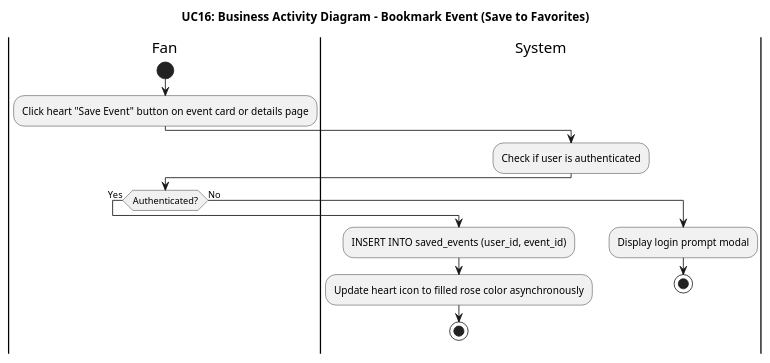
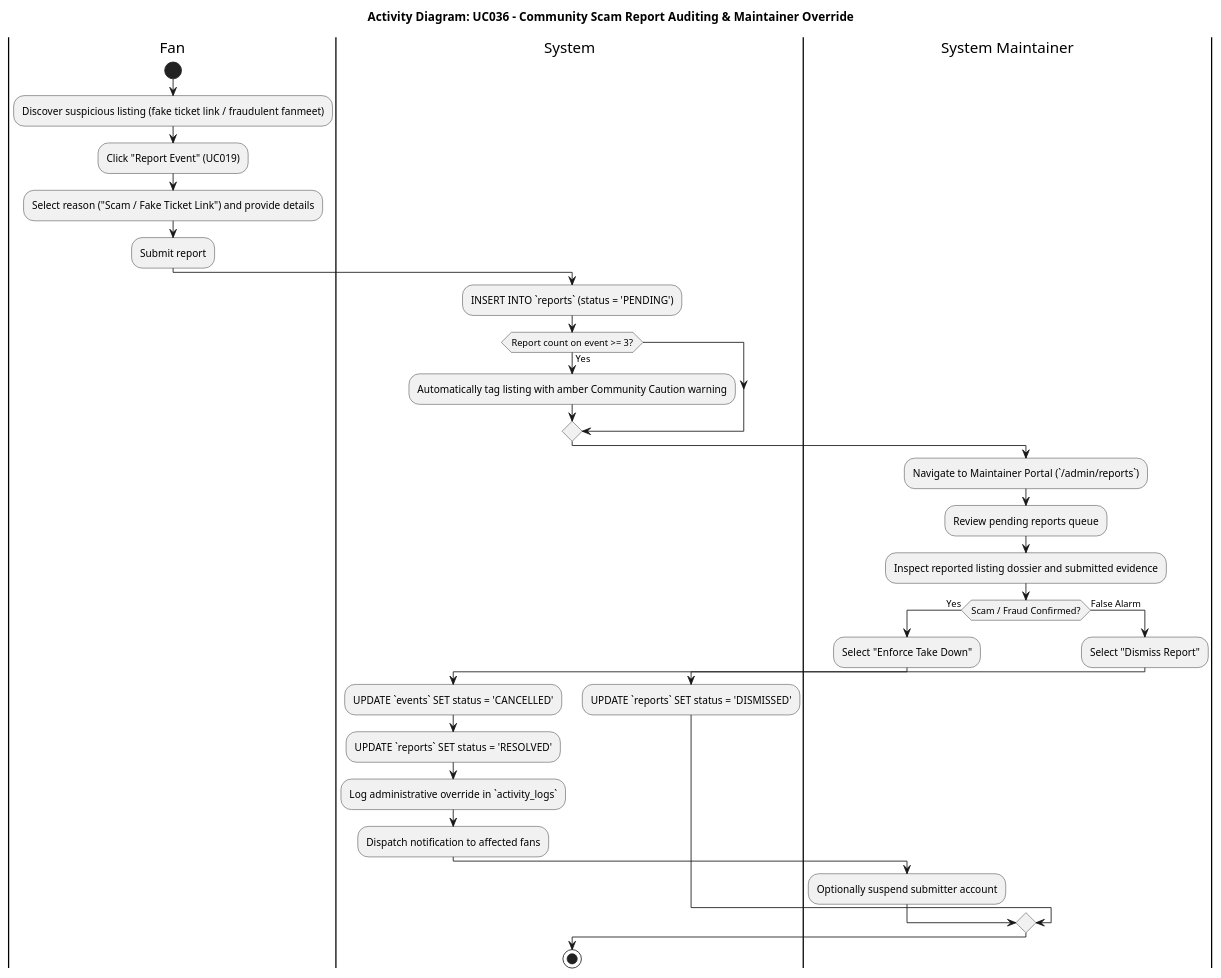
Before and after one commit to ammarsyaathir/ksync: the seventh of 7 diagrams in docs/KSync_Business_Activity_Diagrams_All.puml, drawn with PlantUML. The commit also changed other lines of this file and 12 other files, not shown here.

Commit message:
feat(redesign): complete system architecture redesign with Impeccable design system tokens, 42 use cases, PlantUML diagrams, 14-table ERD, and recompiled academic SRS deliverables

```diff
--- a/docs/KSync_Business_Activity_Diagrams_All.puml
+++ b/docs/KSync_Business_Activity_Diagrams_All.puml
@@ -405,25 +286,38 @@
-@startuml UC16_Activity
-skinparam monochrome true
-skinparam shadowing false
-skinparam defaultFontName Arial
-skinparam defaultTextAlignment center
-
-title UC16: Business Activity Diagram - Bookmark Event (Save to Favorites)
+@startuml AD07_ScamReport
+title Activity Diagram: UC036 - Community Scam Report Auditing & Maintainer Override
+skinparam defaultFontName "Outfit, Arial, sans-serif"
 
 |Fan|
 start
-:Click heart "Save Event" button on event card or details page;
+:Discover suspicious listing (fake ticket link / fraudulent fanmeet);
+:Click "Report Event" (UC019);
+:Select reason ("Scam / Fake Ticket Link") and provide details;
+:Submit report;
+
 |System|
-:Check if user is authenticated;
-|Fan|
-if (Authenticated?) then (Yes)
+:INSERT INTO `reports` (status = 'PENDING');
+if (Report count on event >= 3?) then (Yes)
+  :Automatically tag listing with amber Community Caution warning;
+endif
+
+|System Maintainer|
+:Navigate to Maintainer Portal (`/admin/reports`);
+:Review pending reports queue;
+:Inspect reported listing dossier and submitted evidence;
+if (Scam / Fraud Confirmed?) then (Yes)
+  :Select "Enforce Take Down";
   |System|
-  :INSERT INTO saved_events (user_id, event_id);
-  :Update heart icon to filled rose color asynchronously;
-  stop
-else (No)
+  :UPDATE `events` SET status = 'CANCELLED';
+  :UPDATE `reports` SET status = 'RESOLVED';
+  :Log administrative override in `activity_logs`;
+  :Dispatch notification to affected fans;
+  |System Maintainer|
+  :Optionally suspend submitter account;
+else (False Alarm)
+  |System Maintainer|
+  :Select "Dismiss Report";
   |System|
-  :Display login prompt modal;
-  stop
+  :UPDATE `reports` SET status = 'DISMISSED';
 endif
+stop
 @enduml
```
